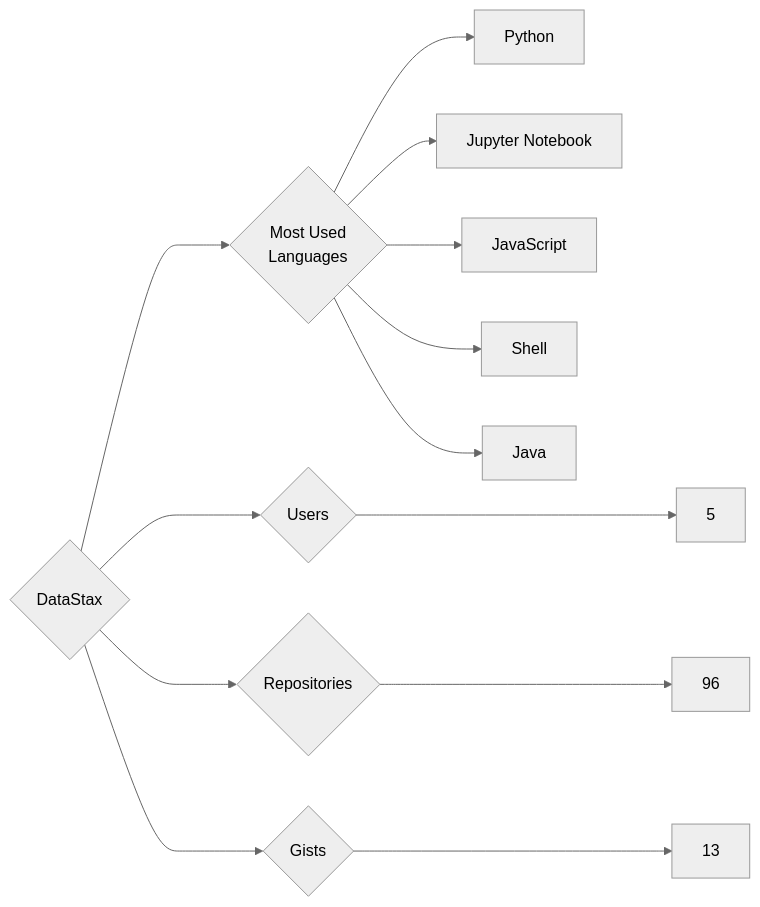
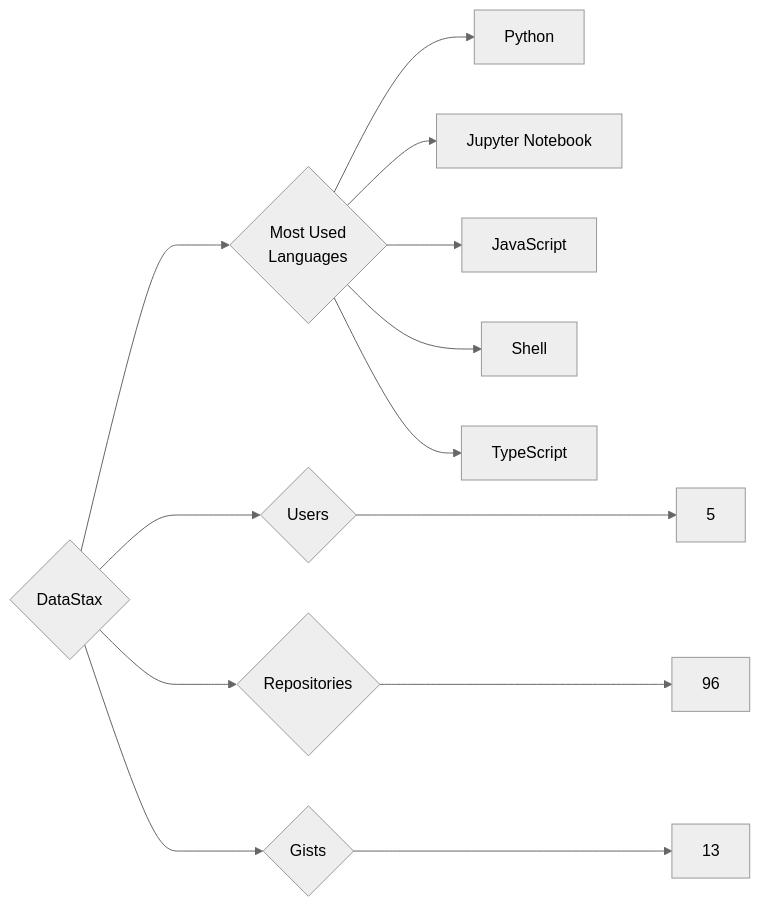
Before and after one commit to trickest/insiders: the diagram in targets/DataStax/README.md, drawn with Mermaid (neutral theme). The commit also changed 1055 other files, not shown here.

````diff
--- a/targets/DataStax/README.md
+++ b/targets/DataStax/README.md
@@ -3,13 +3,13 @@
 ```mermaid
 graph LR
 COMPANY_NAME{DataStax}
 COMPANY_NAME ---> U{Users} ---> UN[5]
 COMPANY_NAME ---> R{Repositories} ---> RN[96]
 COMPANY_NAME ---> G{Gists} ---> GN[13]
 COMPANY_NAME ---> ML{Most Used<br>Languages}
 ML --> Python[Python]
 ML --> Jupyter_Notebook[Jupyter Notebook]
 ML --> JavaScript[JavaScript]
 ML --> Shell[Shell]
-ML --> Java[Java]
+ML --> TypeScript[TypeScript]
 ```
````
